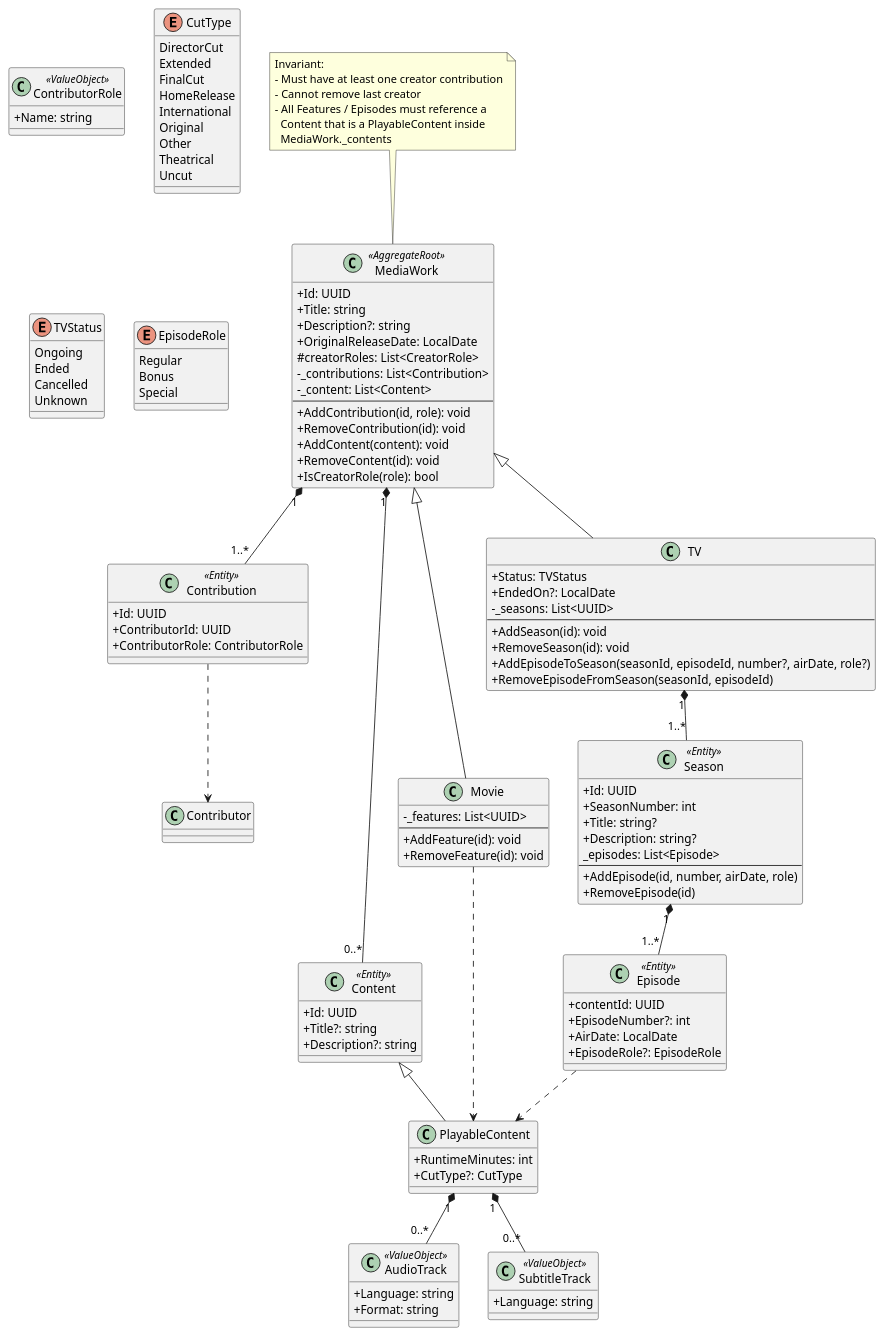
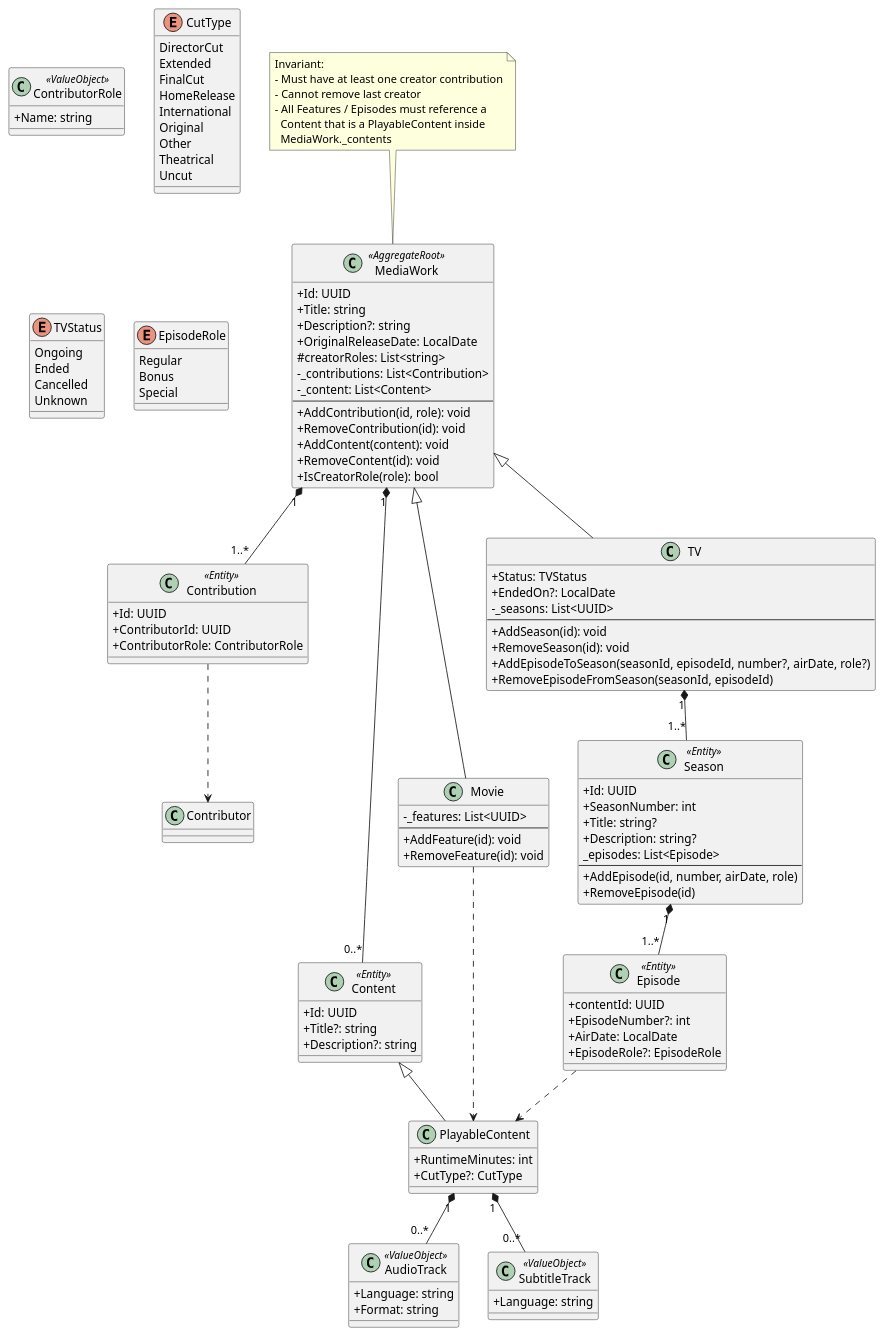
Before and after one commit to yantue/colleq: the diagram in docs/uml/domain/media_work.domain.puml, drawn with PlantUML. The commit also changed 3 other files, not shown here.

```diff
--- a/docs/uml/domain/media_work.domain.puml
+++ b/docs/uml/domain/media_work.domain.puml
@@ -1,148 +1,148 @@
 @startuml
 skinparam classAttributeIconSize 0
 
 ' ===== CORE =====
 class MediaWork <<AggregateRoot>> {
     +Id: UUID
     +Title: string
     +Description?: string
     +OriginalReleaseDate: LocalDate
-    #creatorRoles: List<CreatorRole>
+    #creatorRoles: List<string>
     -_contributions: List<Contribution>
     -_content: List<Content>
     --
     +AddContribution(id, role): void
     +RemoveContribution(id): void
     +AddContent(content): void
     +RemoveContent(id): void
     +IsCreatorRole(role): bool
 }
 
 note top of MediaWork
 Invariant:
 - Must have at least one creator contribution
 - Cannot remove last creator
 - All Features / Episodes must reference a
   Content that is a PlayableContent inside
   MediaWork._contents
 end note
 
 ' ===== CONTRIBUTIONS =====
 class Contribution <<Entity>> {
     +Id: UUID
     +ContributorId: UUID
     +ContributorRole: ContributorRole
 }
 
 class ContributorRole <<ValueObject>> {
     +Name: string
 }
 
 MediaWork "1" *-- "1..*" Contribution
 
 ' ===== CONTENT =====
 class Content <<Entity>> {
     +Id: UUID
     +Title?: string
     +Description?: string
 }
 
 MediaWork "1" *-- "0..*" Content
 
 class PlayableContent {
     +RuntimeMinutes: int
     +CutType?: CutType
 }
 
 enum CutType {
     DirectorCut
     Extended
     FinalCut
     HomeRelease
     International
     Original
     Other
     Theatrical
     Uncut
 }
 
 Content <|-- PlayableContent
 
 class AudioTrack <<ValueObject>> {
     +Language: string
     +Format: string
 }
 
 PlayableContent "1" *-- "0..*" AudioTrack
 
 class SubtitleTrack <<ValueObject>> {
     +Language: string
 }
 
 PlayableContent "1" *-- "0..*" SubtitleTrack
 
 ' ===== MOVIE =====
 class Movie {
     -_features: List<UUID>
     --
     +AddFeature(id): void
     +RemoveFeature(id): void
 }
 
 MediaWork <|-- Movie
 Movie ..> PlayableContent
 
 ' ===== TV =====
 class TV {
     +Status: TVStatus
     +EndedOn?: LocalDate
     -_seasons: List<UUID>
     --
     +AddSeason(id): void
     +RemoveSeason(id): void
     +AddEpisodeToSeason(seasonId, episodeId, number?, airDate, role?)
     +RemoveEpisodeFromSeason(seasonId, episodeId)
 }
 
 MediaWork <|-- TV
 
 enum TVStatus {
     Ongoing
     Ended
     Cancelled
     Unknown
 }
 
 class Season <<Entity>> {
     +Id: UUID
     +SeasonNumber: int
     +Title: string?
     +Description: string?
     _episodes: List<Episode>
     --
     +AddEpisode(id, number, airDate, role)
     +RemoveEpisode(id)
 }
 
 TV "1" *-- "1..*" Season
 
 class Episode <<Entity>> {
     +contentId: UUID
     +EpisodeNumber?: int
     +AirDate: LocalDate
     +EpisodeRole?: EpisodeRole
 }
 
 Season "1" *-- "1..*" Episode
 Episode ..> PlayableContent
 
 enum EpisodeRole {
     Regular
     Bonus
     Special
 }
 
 ' ===== CROSS-AGGREGATE REFERENCE =====
 Contribution ..> Contributor
 
 @enduml
```
